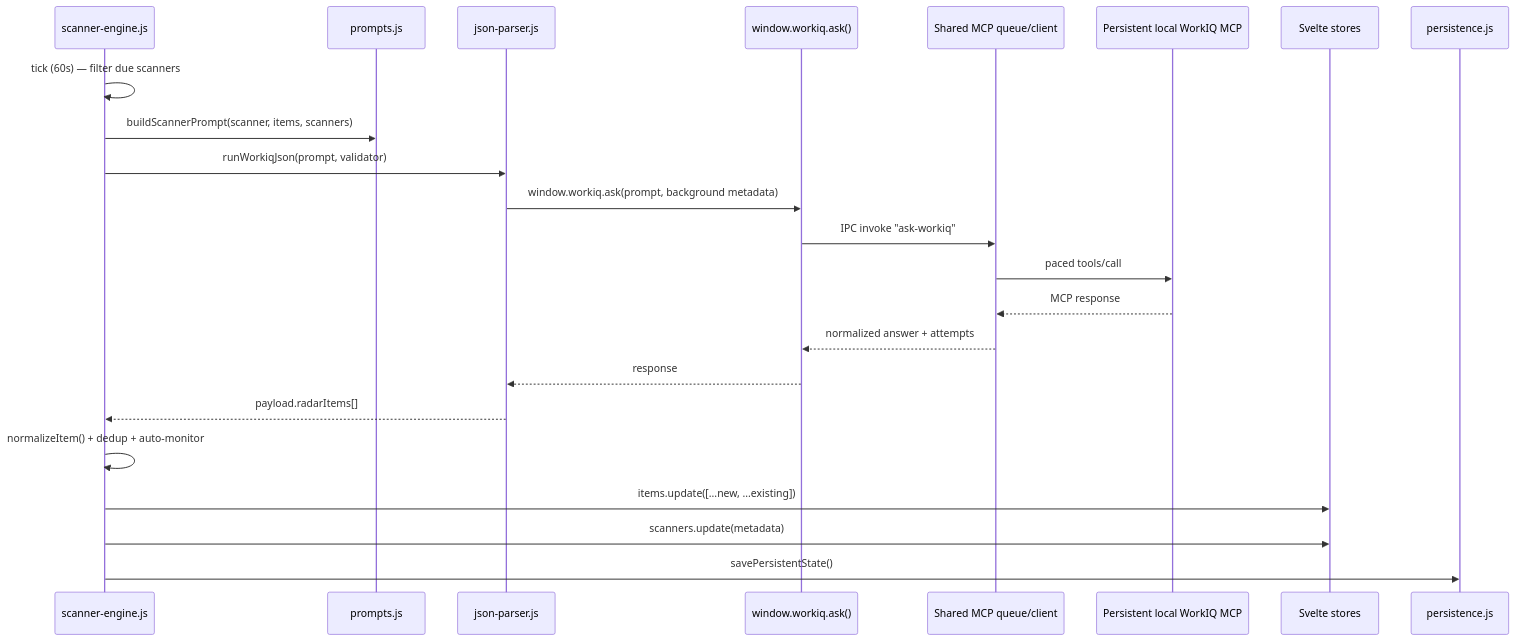
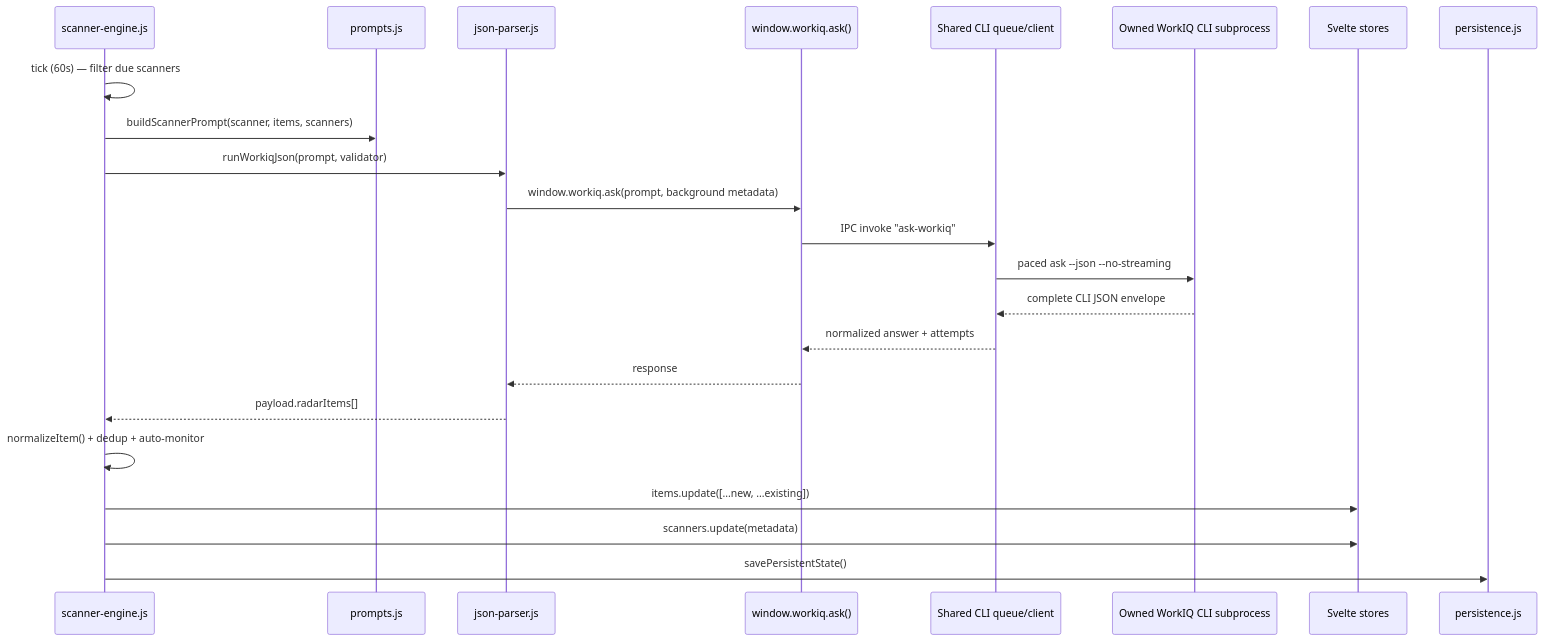
One commit to kpoineal/FlightDeck changed the fifth of 7 diagrams in docs/architecture.md. Above: the diagram before and after it, drawn with Mermaid. The commit also changed other lines of this file and 37 other files, not shown here.

Commit message:
fix: stabilize WorkIQ CLI, local saves, and Radar workspace

````diff
--- a/docs/architecture.md
+++ b/docs/architecture.md
@@ -370,26 +375,26 @@
 ```mermaid
 sequenceDiagram
   participant SE as scanner-engine.js
   participant PR as prompts.js
   participant JP as json-parser.js
   participant WIQ as window.workiq.ask()
-  participant MCP as Shared MCP queue/client
-  participant CLI as Persistent local WorkIQ MCP
+  participant MCP as Shared CLI queue/client
+  participant SERVER as Owned WorkIQ CLI subprocess
   participant ST as Svelte stores
   participant PS as persistence.js
 
   SE->>SE: tick (60s) — filter due scanners
   SE->>PR: buildScannerPrompt(scanner, items, scanners)
   SE->>JP: runWorkiqJson(prompt, validator)
   JP->>WIQ: window.workiq.ask(prompt, background metadata)
   WIQ->>MCP: IPC invoke "ask-workiq"
-  MCP->>CLI: paced tools/call
-  CLI-->>MCP: MCP response
+  MCP->>SERVER: paced ask --json --no-streaming
+  SERVER-->>MCP: complete CLI JSON envelope
   MCP-->>WIQ: normalized answer + attempts
   WIQ-->>JP: response
   JP-->>SE: payload.radarItems[]
   SE->>SE: normalizeItem() + dedup + auto-monitor
   SE->>ST: items.update([...new, ...existing])
   SE->>ST: scanners.update(metadata)
   SE->>PS: savePersistentState()
 ```
````
